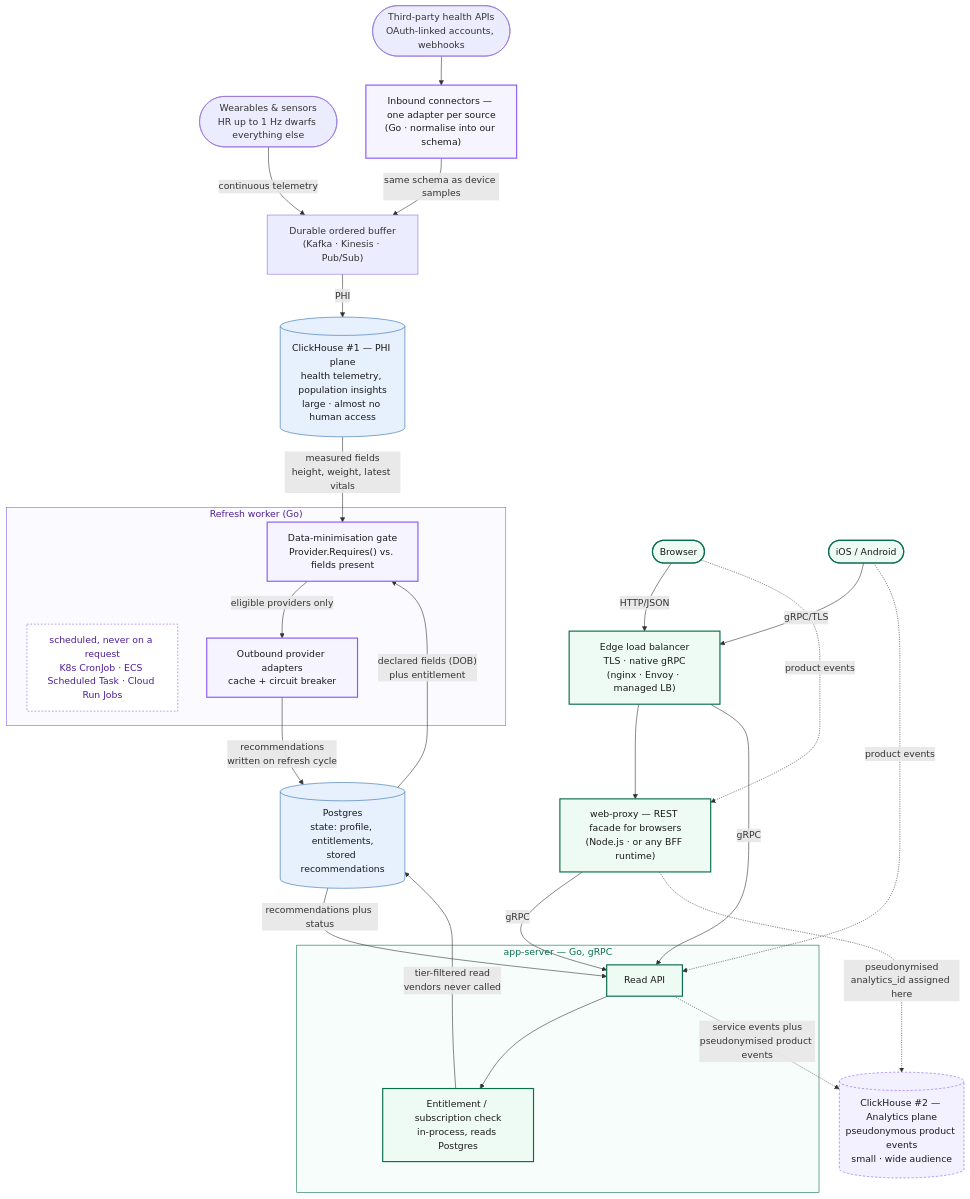
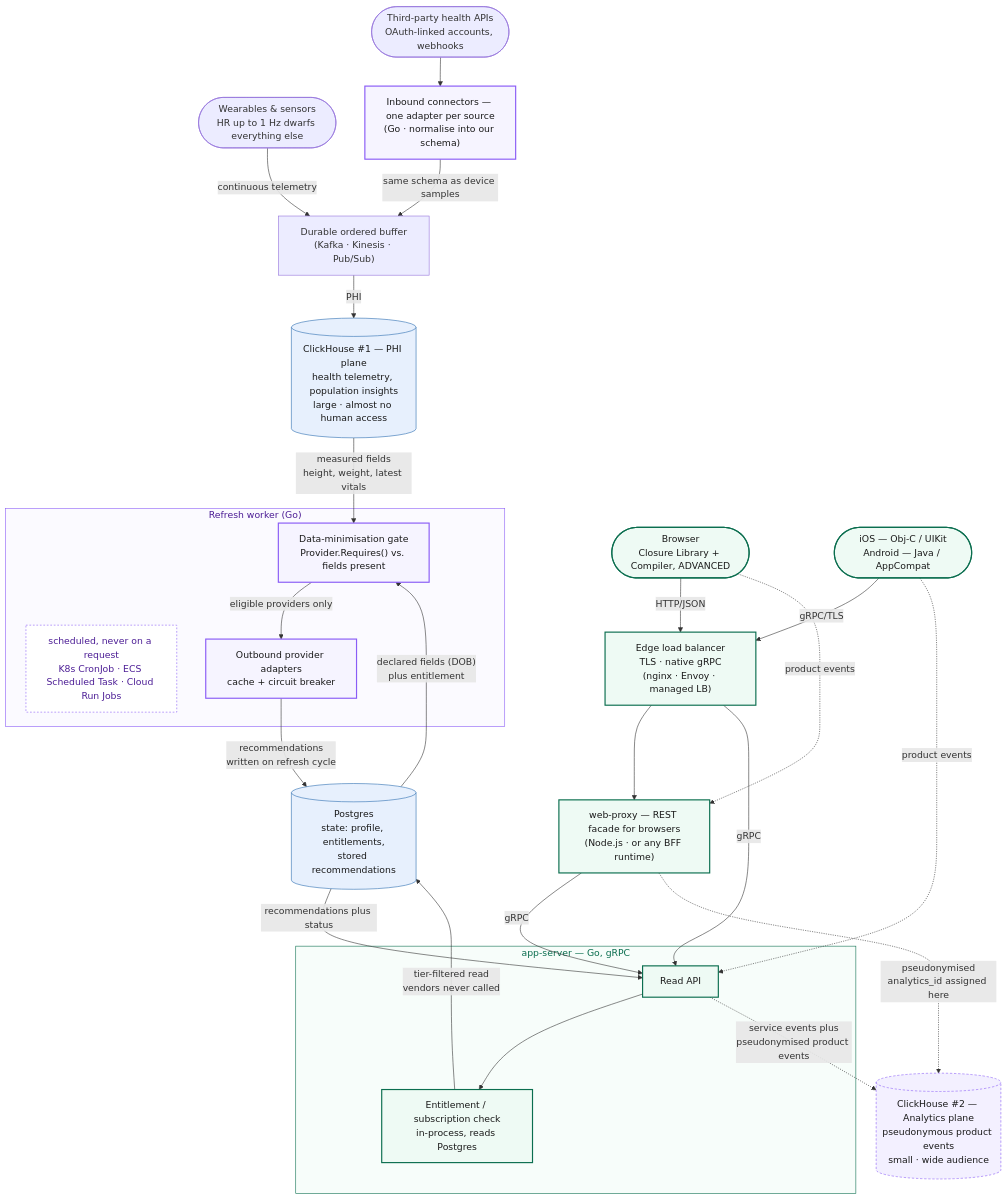
One commit to alexeykomov/asmt-session-2026-08-03 changed the fourth of 5 diagrams in docs/architecture-diagrams.md. Above: the diagram before and after it, drawn with Mermaid. The commit also changed 11 other files, not shown here.

````diff
--- a/docs/architecture-diagrams.md
+++ b/docs/architecture-diagrams.md
@@ -202,70 +202,70 @@
 ```mermaid
 flowchart TD
     Devices(["Wearables & sensors<br/>HR up to 1 Hz dwarfs everything else"])
     Partners(["Third-party health APIs<br/>OAuth-linked accounts, webhooks"])
     Connectors["Inbound connectors — one adapter per source<br/>(Go · normalise into our schema)"]
     Stream["Durable ordered buffer<br/>(Kafka · Kinesis · Pub/Sub)"]
     CH1[("ClickHouse #1 — PHI plane<br/>health telemetry, population insights<br/>large · almost no human access")]
     CH2[("ClickHouse #2 — Analytics plane<br/>pseudonymous product events<br/>small · wide audience")]
     PG[("Postgres<br/>state: profile, entitlements,<br/>stored recommendations")]
 
     subgraph Worker["Refresh worker (Go)"]
         Runtime["scheduled, never on a request<br/>K8s CronJob · ECS Scheduled Task · Cloud Run Jobs"]
         Gate["Data-minimisation gate<br/>Provider.Requires() vs. fields present"]
         Adapters["Outbound provider adapters<br/>cache + circuit breaker"]
     end
 
     subgraph AppServer["app-server — Go, gRPC"]
         API["Read API"]
         Entitlement["Entitlement / subscription check<br/>in-process, reads Postgres"]
     end
 
     WebProxy["web-proxy — REST facade for browsers<br/>(Node.js · or any BFF runtime)"]
     Edge["Edge load balancer<br/>TLS · native gRPC<br/>(nginx · Envoy · managed LB)"]
-    Browser(["Browser"])
-    Native(["iOS / Android"])
+    Browser(["Browser<br/>Closure Library + Compiler, ADVANCED"])
+    Native(["iOS — Obj-C / UIKit<br/>Android — Java / AppCompat"])
 
     Devices -- "continuous telemetry" --> Stream
     Partners --> Connectors
     Connectors -- "same schema as device samples" --> Stream
     Stream -- "PHI" --> CH1
     CH1 -- "measured fields<br/>height, weight, latest vitals" --> Gate
     PG -- "declared fields (DOB)<br/>plus entitlement" --> Gate
     Gate -- "eligible providers only" --> Adapters
     Adapters -- "recommendations<br/>written on refresh cycle" --> PG
 
     Browser -- "HTTP/JSON" --> Edge
     Native -- "gRPC/TLS" --> Edge
     Edge --> WebProxy
     Edge -- "gRPC" --> API
     WebProxy -- "gRPC" --> API
     API --> Entitlement
     Entitlement -- "tier-filtered read<br/>vendors never called" --> PG
     PG -- "recommendations plus status" --> API
 
     Browser -. "product events" .-> WebProxy
     Native -. "product events" .-> API
     WebProxy -. "pseudonymised<br/>analytics_id assigned here" .-> CH2
     API -. "service events plus<br/>pseudonymised product events" .-> CH2
 
     classDef store fill:#e7f0fd,stroke:#2b6cb0,color:#1a1a1a;
     class PG,CH1 store;
 
     classDef analytics fill:#f3f0ff,stroke:#8a5cf6,stroke-dasharray: 4 3,color:#1a1a1a;
     class CH2 analytics;
 
     classDef async fill:#f6f4ff,stroke:#8a5cf6,stroke-width:2px,color:#1a1a1a;
     class Gate,Adapters,Connectors async;
 
     classDef read fill:#eefaf4,stroke:#0b6e4f,stroke-width:2px,color:#1a1a1a;
     class API,Entitlement,Browser,Native,Edge,WebProxy read;
 
     classDef groupAsync fill:#fbfaff,stroke:#8a5cf6,stroke-width:1px,color:#4c1d95;
     class Worker groupAsync;
 
     classDef note fill:#ffffff,stroke:#8a5cf6,stroke-dasharray: 3 3,color:#4c1d95;
     class Runtime note;
 
     classDef groupRead fill:#f7fdfa,stroke:#0b6e4f,stroke-width:1px,color:#0b6e4f;
     class AppServer groupRead;
 ```
````
